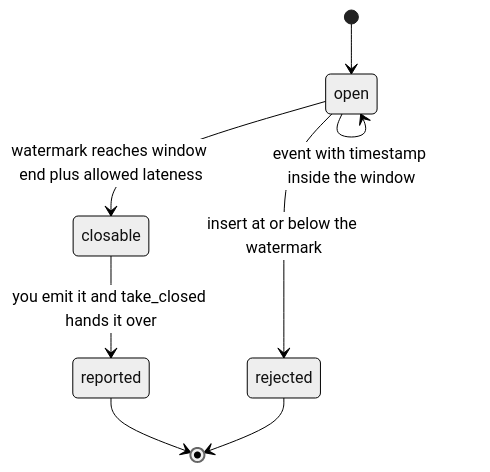
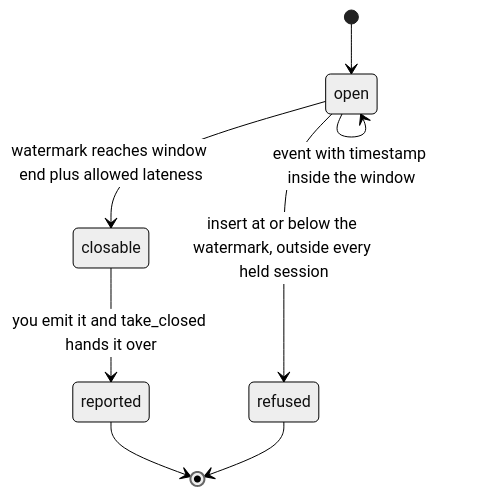
Before and after one commit to seuros/window_machines: the first of 2 diagrams in README.md, drawn with Mermaid (neutral theme). The commit also changed other lines of this file and 13 other files, not shown here.

````diff
--- a/README.md
+++ b/README.md
@@ -62,10 +67,10 @@
 ```mermaid
 stateDiagram-v2
     [*] --> open
     open --> open: event with timestamp inside the window
     open --> closable: watermark reaches window end plus allowed lateness
     closable --> reported: you emit it and take_closed hands it over
     reported --> [*]
-    open --> rejected: insert at or below the watermark
-    rejected --> [*]
+    open --> refused: insert at or below the watermark, outside every held session
+    refused --> [*]
 ```
````
